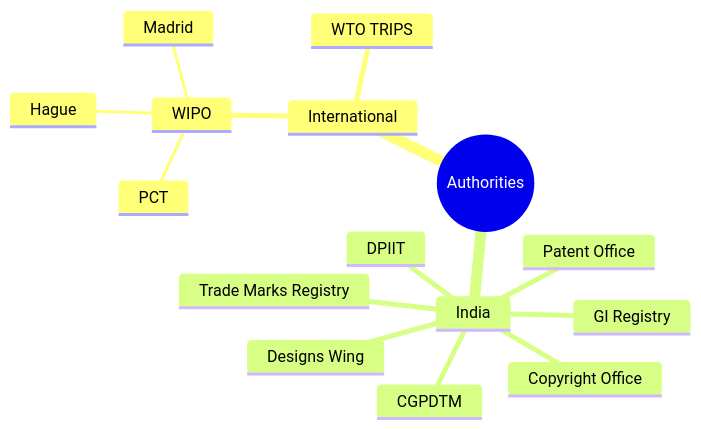
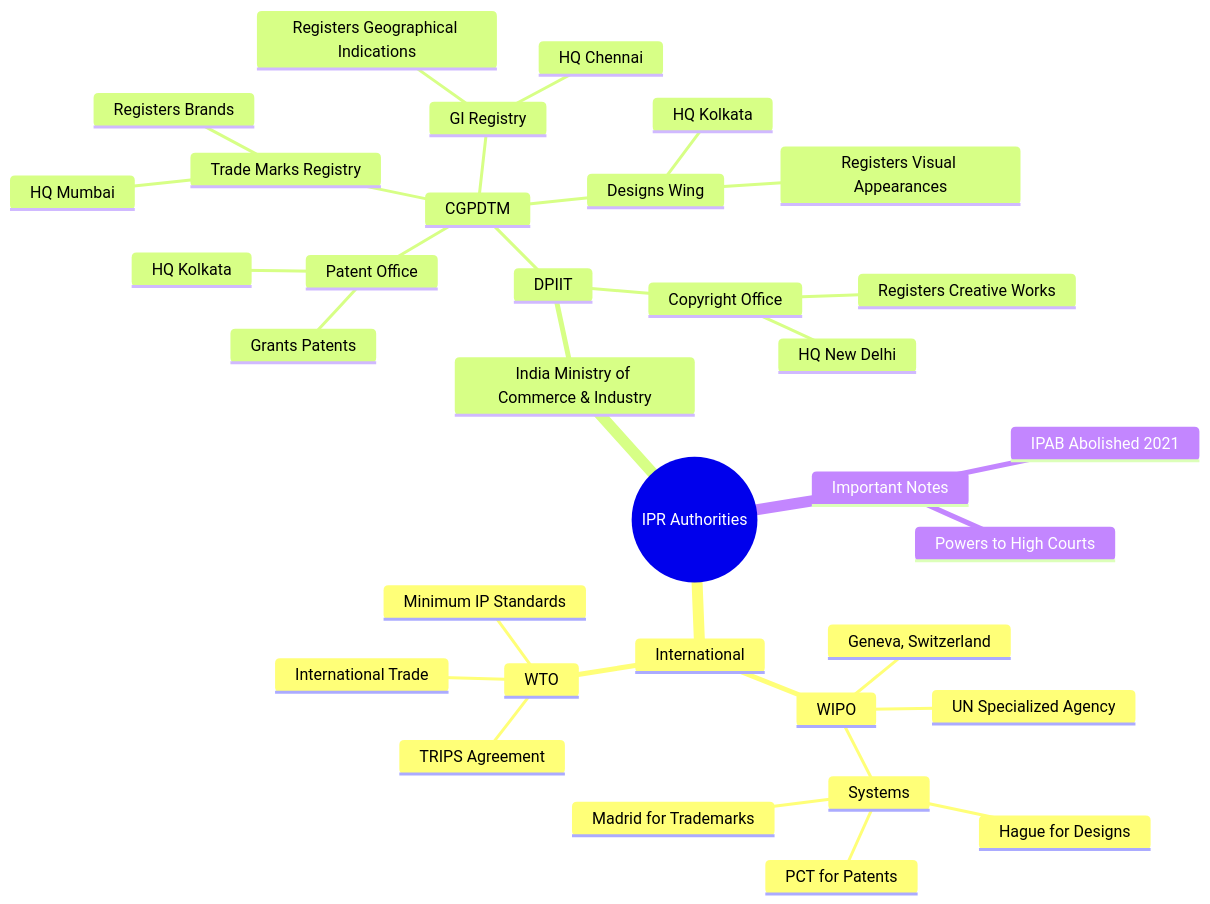
Before and after one commit to Aryns293/IPR: diagram 11 of 11 in 05_IPR_Authorities.md, drawn with Mermaid.

Commit message:
Expand mindmap in 05_IPR_Authorities.md

````diff
--- a/05_IPR_Authorities.md
+++ b/05_IPR_Authorities.md
@@ -525,18 +525,37 @@
 ```mermaid
 mindmap
-  root((Authorities))
+  root((IPR Authorities))
     International
       WIPO
-        PCT
-        Madrid
-        Hague
-      WTO TRIPS
-    India
+        UN Specialized Agency
+        Geneva, Switzerland
+        Systems
+          PCT for Patents
+          Madrid for Trademarks
+          Hague for Designs
+      WTO
+        TRIPS Agreement
+        Minimum IP Standards
+        International Trade
+    India Ministry of Commerce & Industry
       DPIIT
-      CGPDTM
-      Patent Office
-      Trade Marks Registry
-      Designs Wing
-      GI Registry
-      Copyright Office
+        CGPDTM
+          Patent Office
+            HQ Kolkata
+            Grants Patents
+          Trade Marks Registry
+            HQ Mumbai
+            Registers Brands
+          Designs Wing
+            HQ Kolkata
+            Registers Visual Appearances
+          GI Registry
+            HQ Chennai
+            Registers Geographical Indications
+        Copyright Office
+          HQ New Delhi
+          Registers Creative Works
+    Important Notes
+      IPAB Abolished 2021
+      Powers to High Courts
 ```
````
